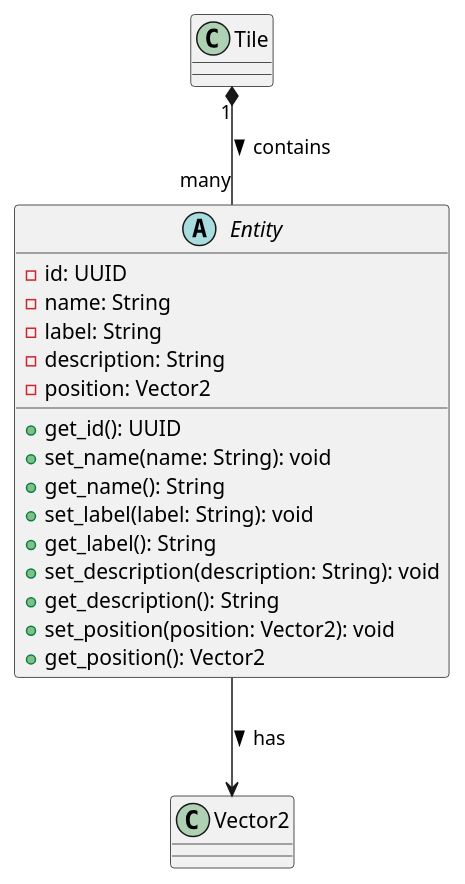
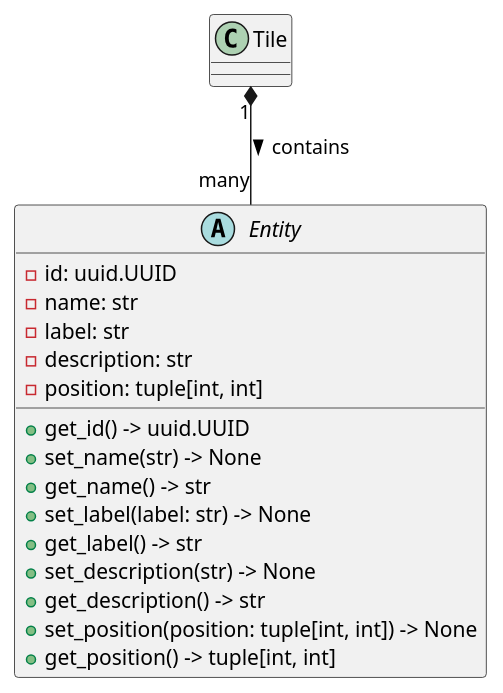
Before and after one commit to Watudube/Project-SLFW: the diagram in documentation/system_design_diagrams/plantUML/entity/entity.puml, drawn with PlantUML. The commit also changed 6 other files, not shown here.

First line of the commit message:
Updated PlatUML class diagrams.

```diff
--- a/documentation/system_design_diagrams/plantUML/entity/entity.puml
+++ b/documentation/system_design_diagrams/plantUML/entity/entity.puml
@@ -1,27 +1,22 @@
 @startuml
 
-' Base class for all entities:
-
-
-
 abstract class Entity {
-  -id: UUID
-  -name: String
-  -label: String
-  -description: String
-  -position: Vector2
-  +get_id(): UUID
-  +set_name(name: String): void
-  +get_name(): String
-  +set_label(label: String): void
-  +get_label(): String
-  +set_description(description: String): void
-  +get_description(): String
-  +set_position(position: Vector2): void
-  +get_position(): Vector2
+  - id: uuid.UUID
+  - name: str
+  - label: str
+  - description: str
+  - position: tuple[int, int]
+  + get_id() -> uuid.UUID
+  + set_name(str) -> None
+  + get_name() -> str
+  + set_label(label: str) -> None
+  + get_label() -> str
+  + set_description(str) -> None
+  + get_description() -> str
+  + set_position(position: tuple[int, int]) -> None
+  + get_position() -> tuple[int, int]
 }
 
 Tile "1" *-- "many" Entity : contains >
-Entity --> Vector2 : has >
 
 @enduml
```
